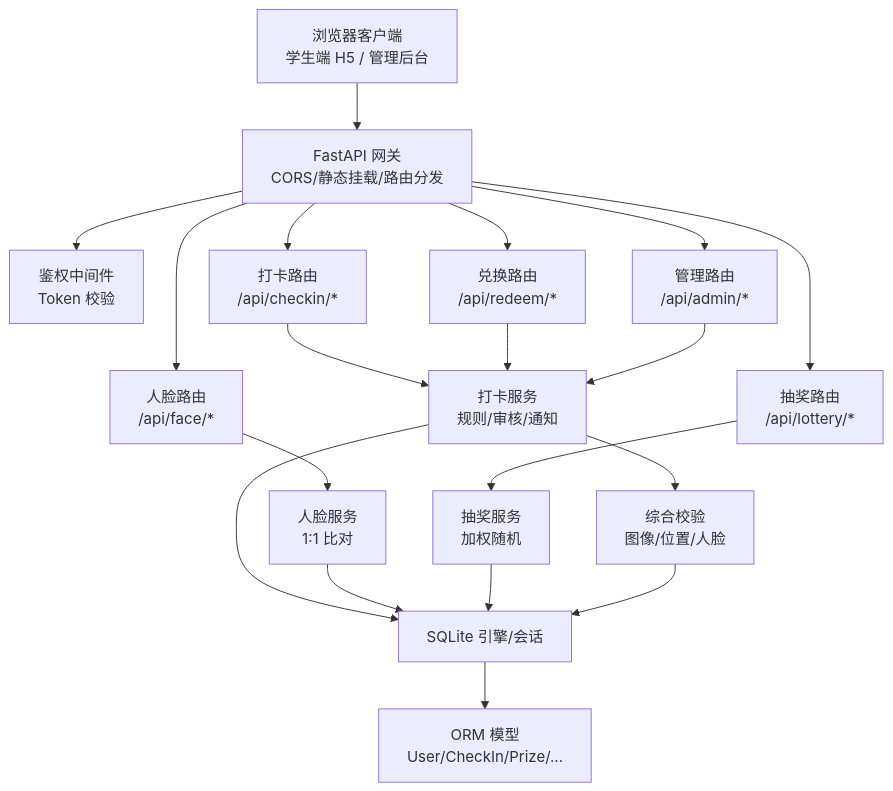
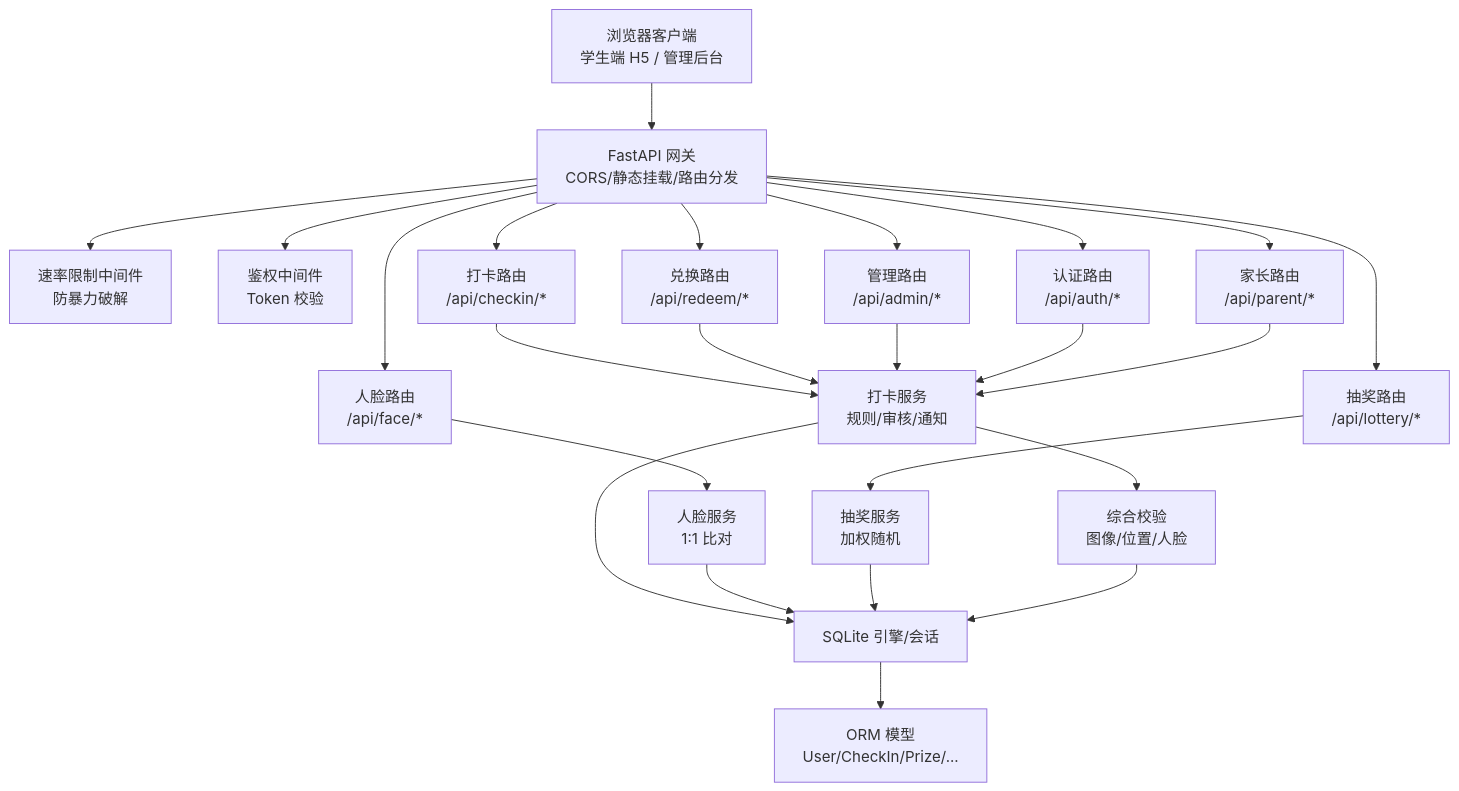
The second of 10 diagrams in .qoder/repowiki/zh/content/项目概述/暑假作业打卡系统介绍/暑假作业打卡系统介绍.md (onebody/homework), drawn with Mermaid before and after one commit. The commit also changed other lines of this file and 15 other files, not shown here.

````diff
--- a/.qoder/repowiki/zh/content/项目概述/暑假作业打卡系统介绍/暑假作业打卡系统介绍.md
+++ b/.qoder/repowiki/zh/content/项目概述/暑假作业打卡系统介绍/暑假作业打卡系统介绍.md
@@ -110,35 +137,43 @@
 ```mermaid
 graph TB
 Client["浏览器客户端<br/>学生端 H5 / 管理后台"]
 API["FastAPI 网关<br/>CORS/静态挂载/路由分发"]
+RateLimit["速率限制中间件<br/>防暴力破解"]
 Auth["鉴权中间件<br/>Token 校验"]
 RCheckin["打卡路由<br/>/api/checkin/*"]
 RFace["人脸路由<br/>/api/face/*"]
 RLottery["抽奖路由<br/>/api/lottery/*"]
 RRedeem["兑换路由<br/>/api/redeem/*"]
 RAdmin["管理路由<br/>/api/admin/*"]
+RAuth["认证路由<br/>/api/auth/*"]
+RParent["家长路由<br/>/api/parent/*"]
 SvcCheckin["打卡服务<br/>规则/审核/通知"]
 SvcFace["人脸服务<br/>1:1 比对"]
 SvcVerify["综合校验<br/>图像/位置/人脸"]
 SvcLottery["抽奖服务<br/>加权随机"]
 DB["SQLite 引擎/会话"]
 Models["ORM 模型<br/>User/CheckIn/Prize/..."]
 Client --> API
+API --> RateLimit
 API --> Auth
 API --> RCheckin
 API --> RFace
 API --> RLottery
 API --> RRedeem
 API --> RAdmin
+API --> RAuth
+API --> RParent
 RCheckin --> SvcCheckin
 RFace --> SvcFace
 RLottery --> SvcLottery
 RRedeem --> SvcCheckin
 RAdmin --> SvcCheckin
+RAuth --> SvcCheckin
+RParent --> SvcCheckin
 SvcCheckin --> SvcVerify
 SvcCheckin --> DB
 SvcFace --> DB
 SvcLottery --> DB
 SvcVerify --> DB
 DB --> Models
 ```
````
